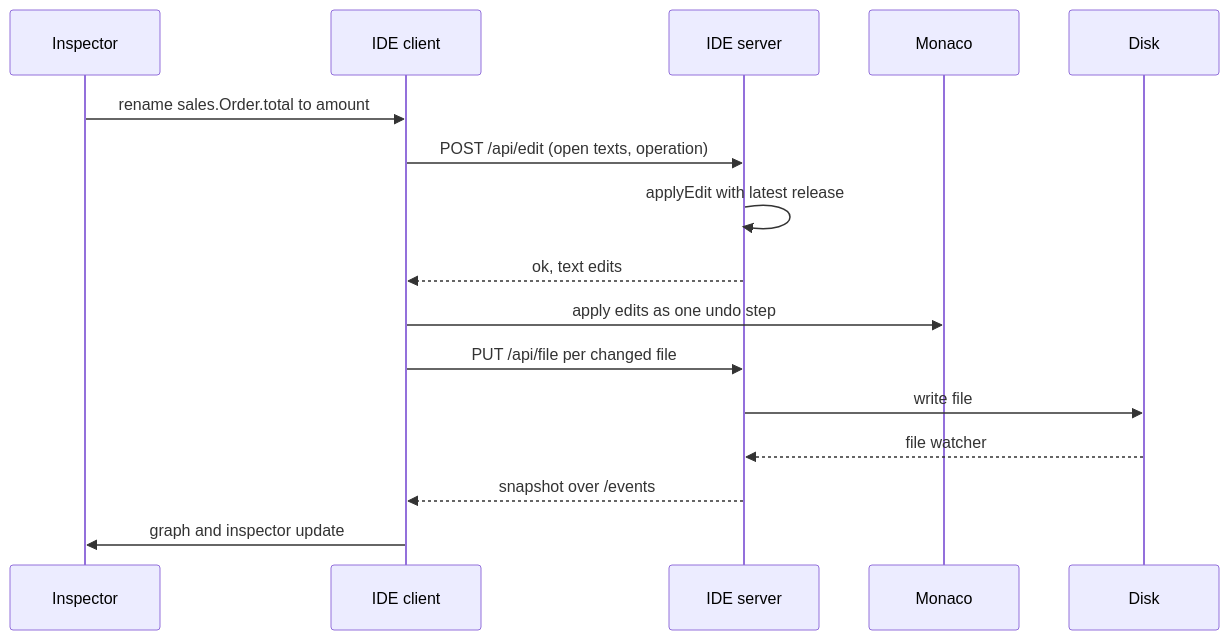
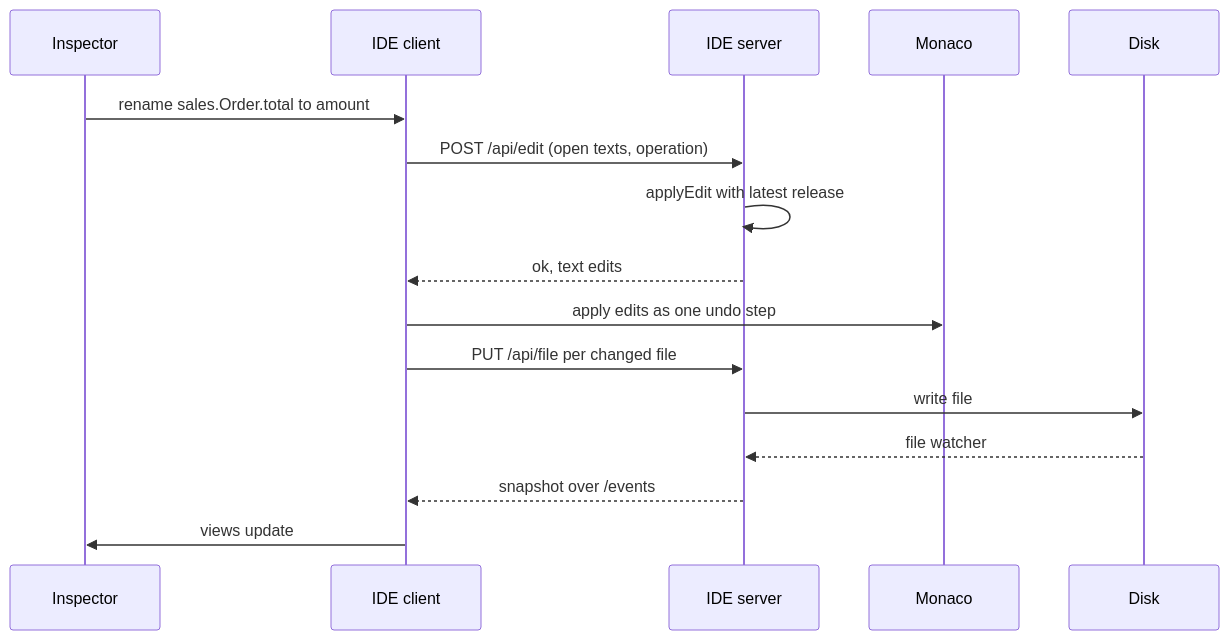
One commit to alex20465/appling changed the diagram in docs/tools/ide.md. Above: the diagram before and after it, drawn with Mermaid. The commit also changed other lines of this file and 70 other files, not shown here.

````diff
--- a/docs/tools/ide.md
+++ b/docs/tools/ide.md
@@ -113,18 +125,18 @@
 ```mermaid
 sequenceDiagram
     participant I as Inspector
     participant C as IDE client
     participant S as IDE server
     participant M as Monaco
     participant D as Disk
     I->>C: rename sales.Order.total to amount
     C->>S: POST /api/edit (open texts, operation)
     S->>S: applyEdit with latest release
     S-->>C: ok, text edits
     C->>M: apply edits as one undo step
     C->>S: PUT /api/file per changed file
     S->>D: write file
     D-->>S: file watcher
     S-->>C: snapshot over /events
-    C->>I: graph and inspector update
+    C->>I: views update
 ```
````
